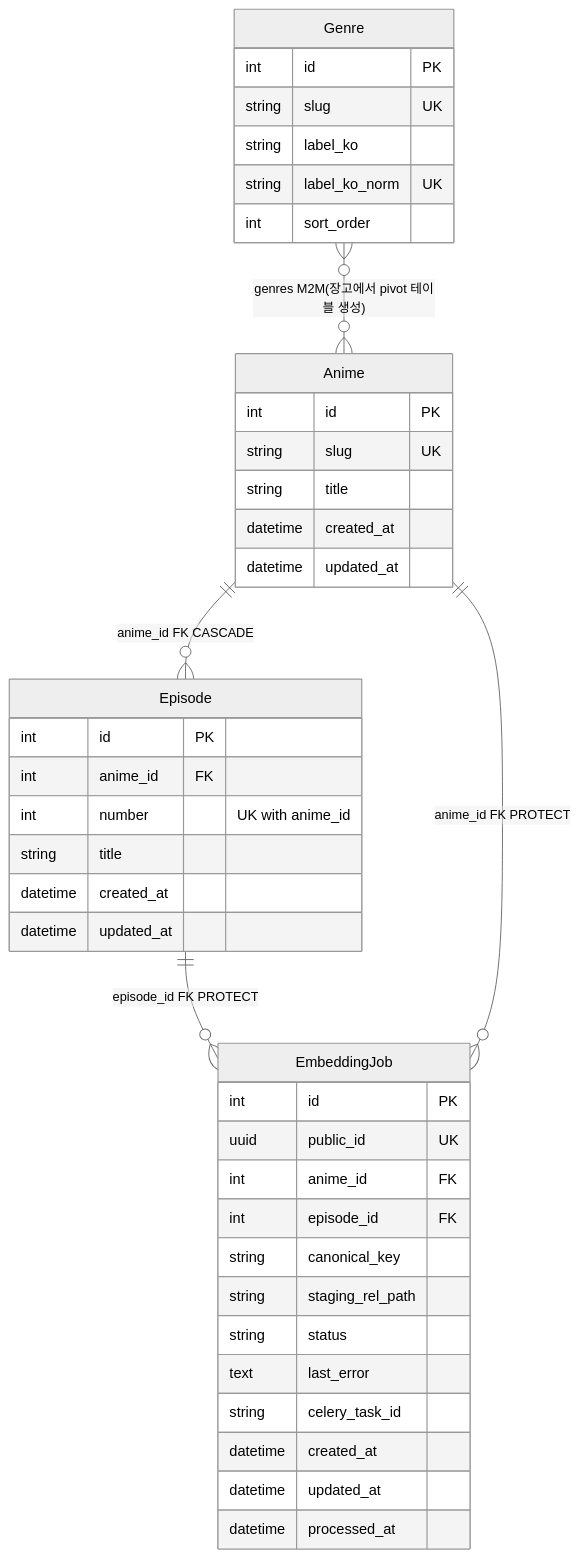
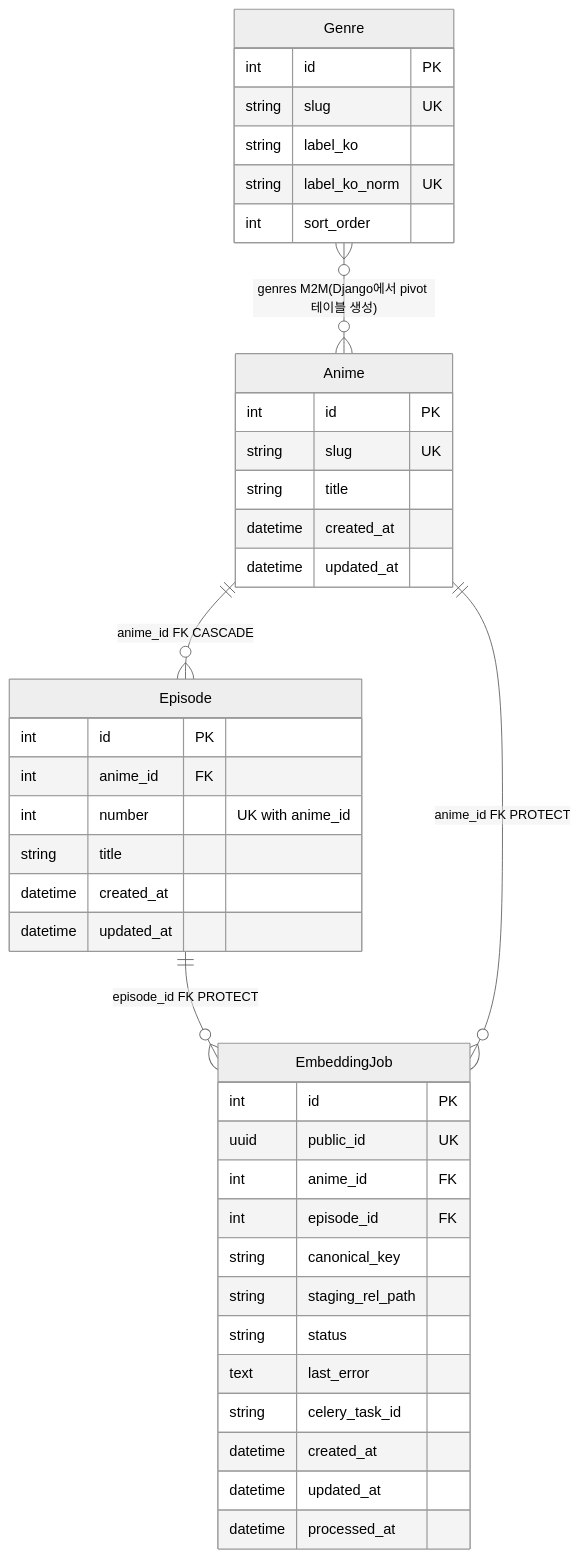
The fourth of 5 diagrams in content/posts/2026/05/10/index.md (DSeung001/dseung001.github.io), drawn with Mermaid (neutral theme) before and after one commit. The commit also changed other lines of this file, not shown here.

````diff
--- a/content/posts/2026/05/10/index.md
+++ b/content/posts/2026/05/10/index.md
@@ -1181,48 +1213,48 @@
 ```mermaid
 erDiagram
-    Genre }o--o{ Anime : "genres M2M(장고에서 pivot 테이블 생성)"
+    Genre }o--o{ Anime : "genres M2M(Django에서 pivot 테이블 생성)"
     Anime ||--o{ Episode : "anime_id FK CASCADE"
     Episode ||--o{ EmbeddingJob : "episode_id FK PROTECT"
     Anime ||--o{ EmbeddingJob : "anime_id FK PROTECT"
 
     Genre {
         int id PK
         string slug UK
         string label_ko
         string label_ko_norm UK
         int sort_order
     }
 
     Anime {
         int id PK
         string slug UK
         string title
         datetime created_at
         datetime updated_at
     }
 
     Episode {
         int id PK
         int anime_id FK
         int number "UK with anime_id"
         string title
         datetime created_at
         datetime updated_at
     }
 
     EmbeddingJob {
         int id PK
         uuid public_id UK
         int anime_id FK
         int episode_id FK
         string canonical_key
         string staging_rel_path
         string status
         text last_error
         string celery_task_id
         datetime created_at
         datetime updated_at
         datetime processed_at
     }
 
 ```
````
